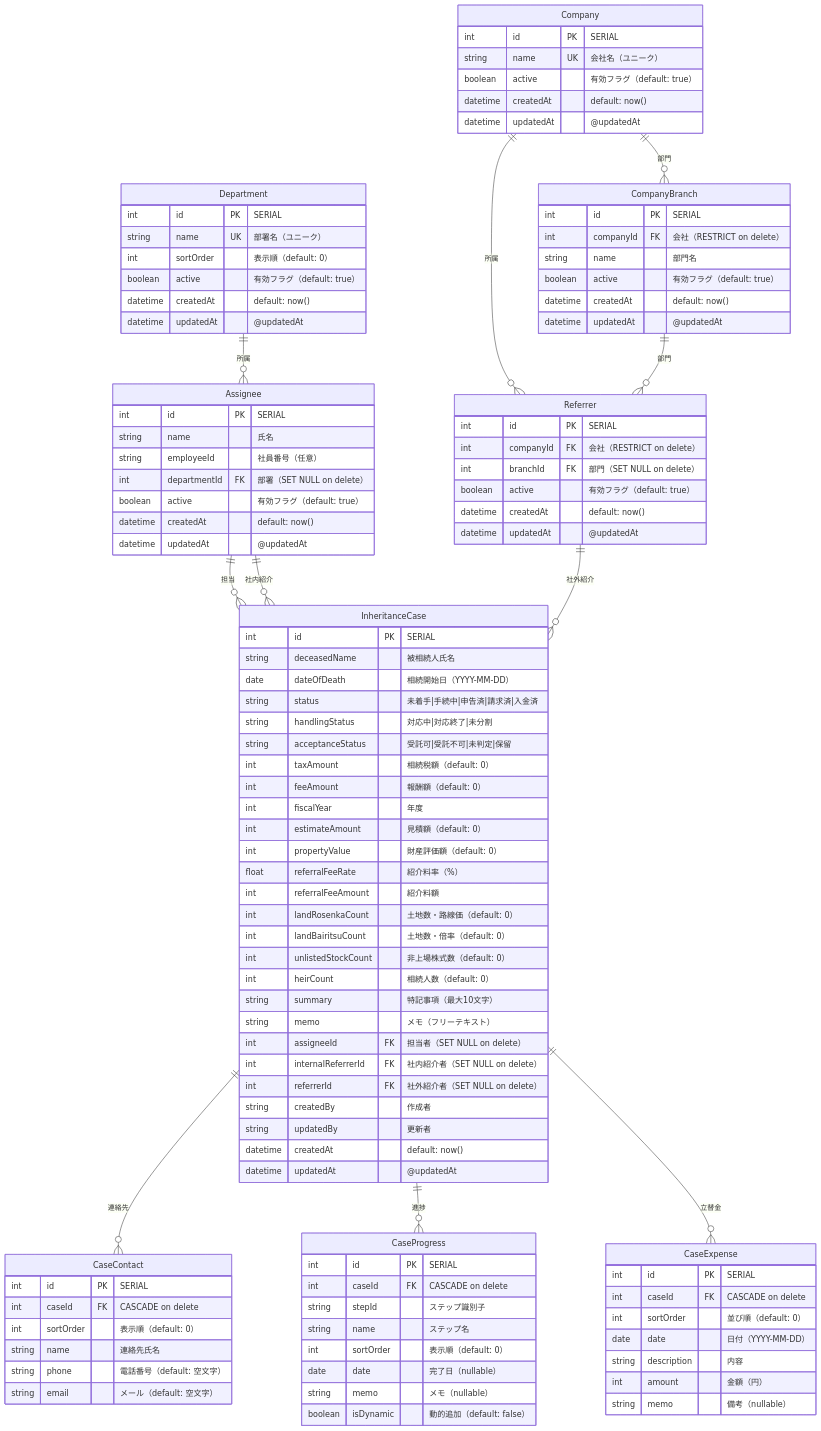
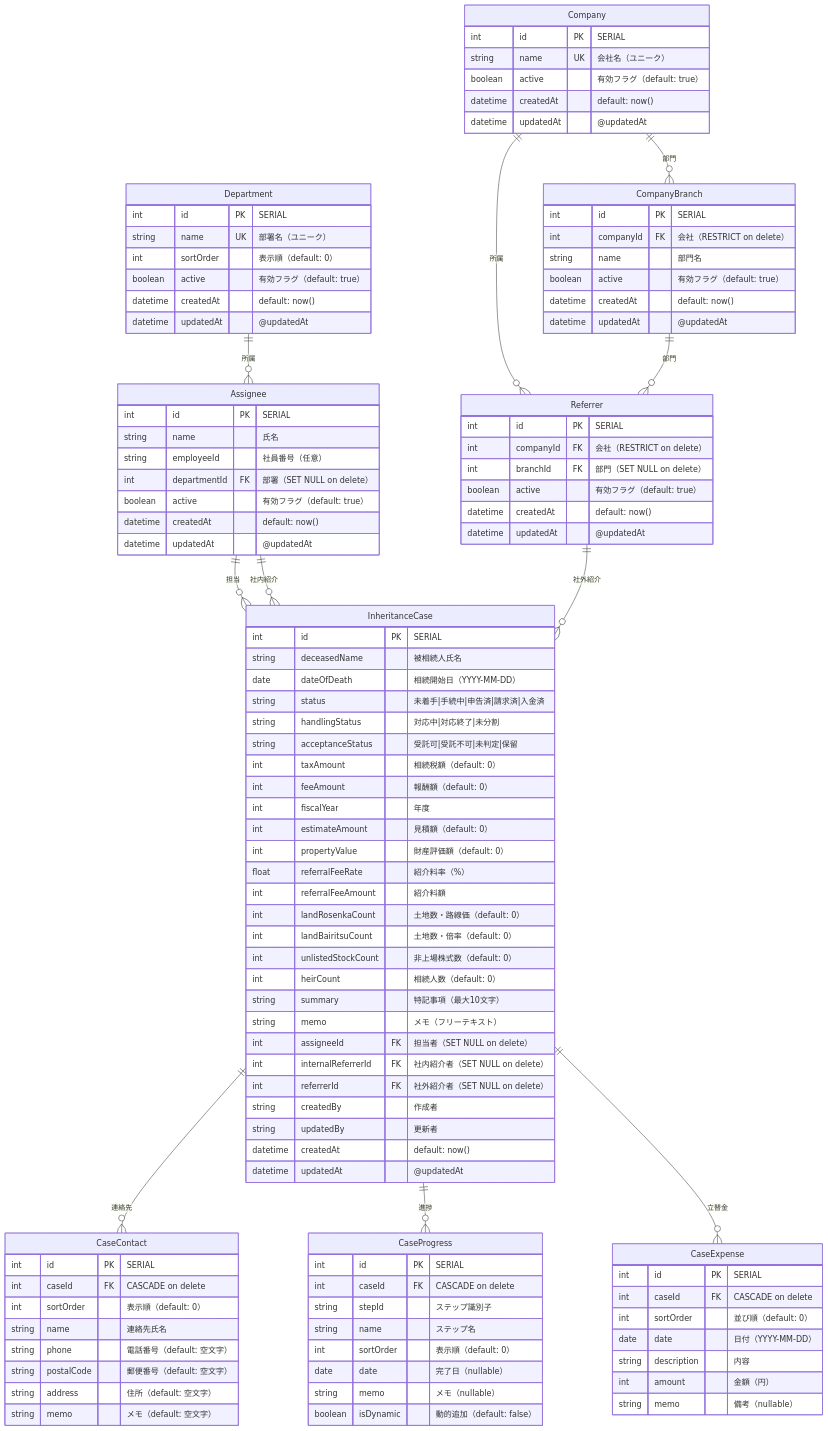
Before and after one commit to kojima1978/tax_apps: the diagram in apps/inheritance-case-management/docs/database_schema.md, drawn with Mermaid. The commit also changed other lines of this file and 14 other files, not shown here.

```diff
--- a/apps/inheritance-case-management/docs/database_schema.md
+++ b/apps/inheritance-case-management/docs/database_schema.md
@@ -95,7 +95,9 @@
         int sortOrder "表示順（default: 0）"
         string name "連絡先氏名"
         string phone "電話番号（default: 空文字）"
-        string email "メール（default: 空文字）"
+        string postalCode "郵便番号（default: 空文字）"
+        string address "住所（default: 空文字）"
+        string memo "メモ（default: 空文字）"
     }
 
     CaseProgress {
```
